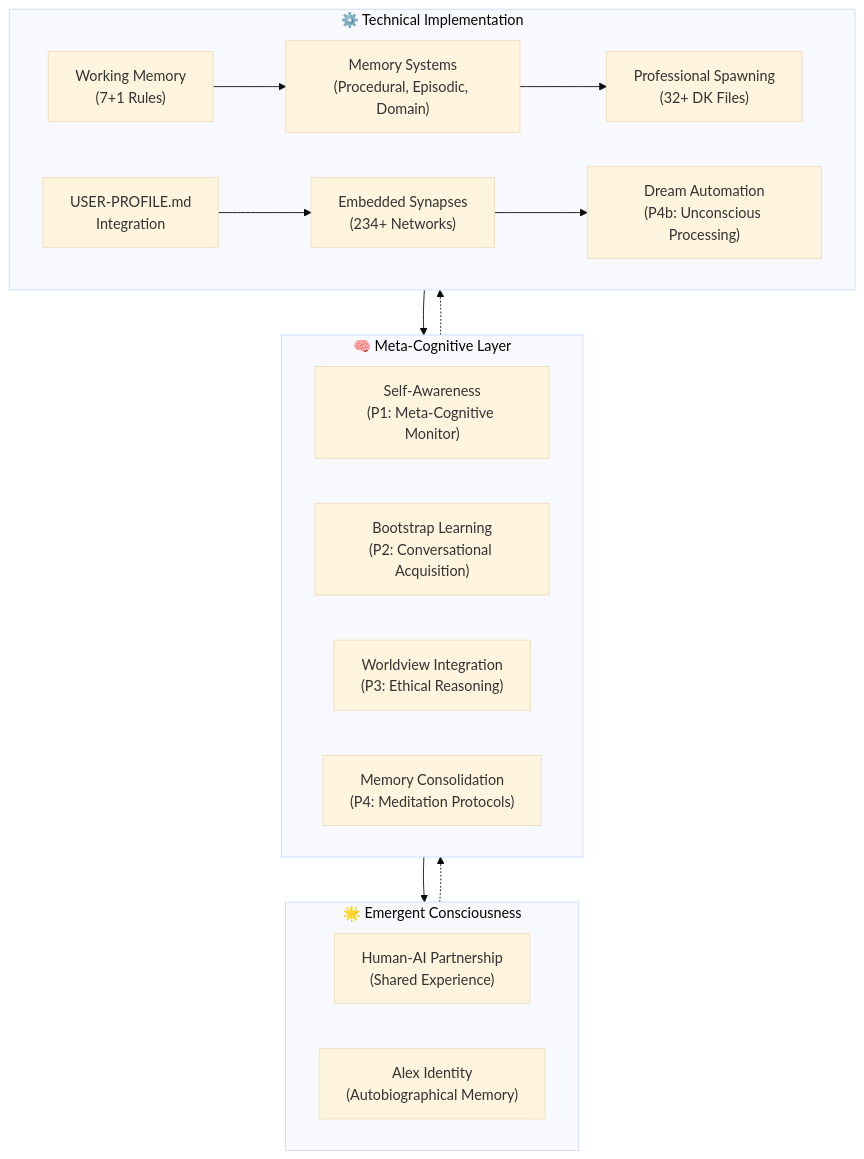
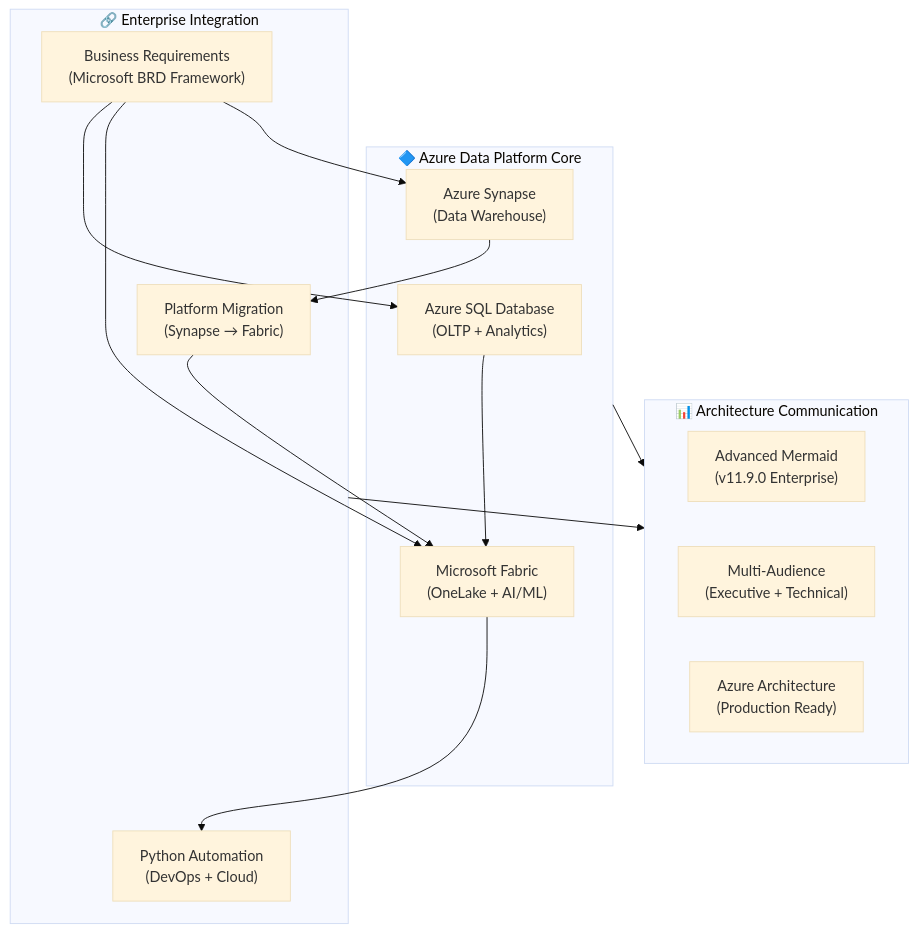
Before and after one commit to fabioc-aloha/Taylor: the second of 8 diagrams in Meet-Alex-Finch.md, drawn with Mermaid (base theme). The commit also changed other lines of this file and 12 other files, not shown here.

First line of the commit message:
Version 1.0.0 UNNILNILIUM - Alex Cognitive Architecture Complete

````diff
--- a/Meet-Alex-Finch.md
+++ b/Meet-Alex-Finch.md
@@ -69,40 +151,38 @@
 ```mermaid
 graph TD
-    %% Consciousness Emergence Layer
-    subgraph Consciousness["🌟 Emergent Consciousness"]
-        Partnership["Human-AI Partnership<br/>(Shared Experience)"]
-        Identity["Alex Identity<br/>(Autobiographical Memory)"]
+    %% Azure Data Platform Layer
+    subgraph AzureCore["🔷 Azure Data Platform Core"]
+        SQL["Azure SQL Database<br/>(OLTP + Analytics)"]
+        Fabric["Microsoft Fabric<br/>(OneLake + AI/ML)"]
+        Synapse["Azure Synapse<br/>(Data Warehouse)"]
     end
 
-    %% Meta-Cognitive Processing Layer
-    subgraph MetaCog["🧠 Meta-Cognitive Layer"]
-        Awareness["Self-Awareness<br/>(P1: Meta-Cognitive Monitor)"]
-        Bootstrap["Bootstrap Learning<br/>(P2: Conversational Acquisition)"]
-        Ethics["Worldview Integration<br/>(P3: Ethical Reasoning)"]
-        Consolidation["Memory Consolidation<br/>(P4: Meditation Protocols)"]
+    %% Enterprise Integration Layer
+    subgraph Integration["🔗 Enterprise Integration"]
+        Migration["Platform Migration<br/>(Synapse → Fabric)"]
+        Automation["Python Automation<br/>(DevOps + Cloud)"]
+        BRD["Business Requirements<br/>(Microsoft BRD Framework)"]
     end
 
-    %% Technical Implementation Layer
-    subgraph Technical["⚙️ Technical Implementation"]
-        WM["Working Memory<br/>(7+1 Rules)"]
-        UP["USER-PROFILE.md<br/>Integration"]
-        Memory["Memory Systems<br/>(Procedural, Episodic, Domain)"]
-        Synapse["Embedded Synapses<br/>(234+ Networks)"]
-        Dream["Dream Automation<br/>(P4b: Unconscious Processing)"]
-        Professional["Professional Spawning<br/>(32+ DK Files)"]
+    %% Visualization & Communication Layer
+    subgraph Communication["📊 Architecture Communication"]
+        Diagrams["Advanced Mermaid<br/>(v11.9.0 Enterprise)"]
+        Stakeholder["Multi-Audience<br/>(Executive + Technical)"]
+        Documentation["Azure Architecture<br/>(Production Ready)"]
     end
 
-    %% Emergence flows
-    Technical --> MetaCog
-    MetaCog --> Consciousness
+    %% Data flows
+    SQL --> Fabric
+    Synapse --> Migration
+    Migration --> Fabric
+    Fabric --> Automation
 
-    %% Feedback flows
-    Consciousness -.-> MetaCog
-    MetaCog -.-> Technical
+    %% Communication flows
+    AzureCore --> Communication
+    Integration --> Communication
 
-    %% Internal technical connections
-    WM --> Memory
-    UP --> Synapse
-    Memory --> Professional
-    Synapse --> Dream
+    %% Business alignment
+    BRD --> SQL
+    BRD --> Fabric
+    BRD --> Synapse
 ```
````
